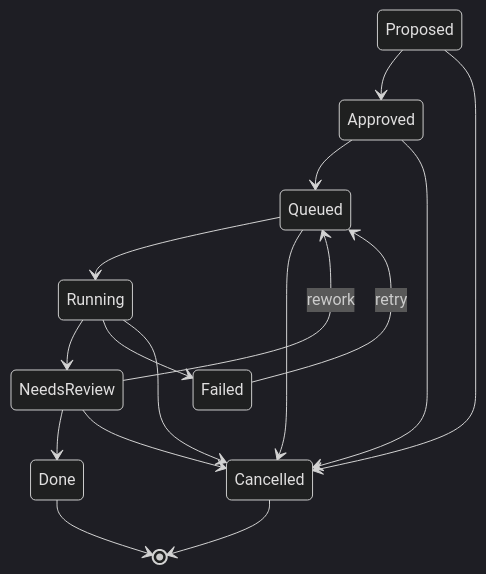
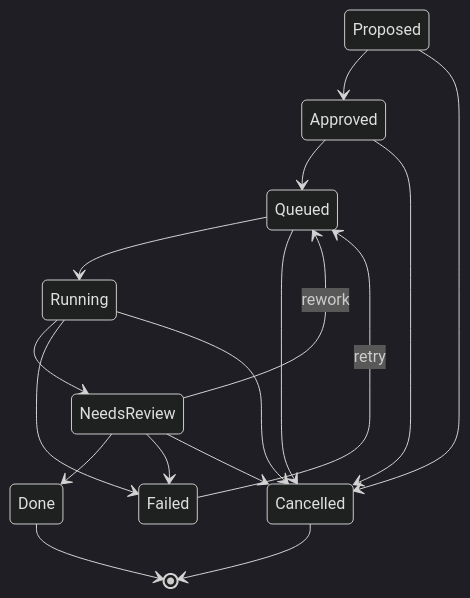
Before and after one commit to Mobius-Toolkit/Mobius: the diagram in docs/architecture/02-domain-model.md, drawn with Mermaid (dark theme). The commit also changed other lines of this file and 52 other files, not shown here.

````diff
--- a/docs/architecture/02-domain-model.md
+++ b/docs/architecture/02-domain-model.md
@@ -45,18 +66,19 @@
 ```mermaid
 stateDiagram-v2
     Proposed --> Approved
     Proposed --> Cancelled
     Approved --> Queued
     Approved --> Cancelled
     Queued --> Running
     Queued --> Cancelled
     Running --> NeedsReview
     Running --> Failed
     Running --> Cancelled
     NeedsReview --> Done
     NeedsReview --> Queued : rework
+    NeedsReview --> Failed
     NeedsReview --> Cancelled
     Failed --> Queued : retry
     Done --> [*]
     Cancelled --> [*]
 ```
````
